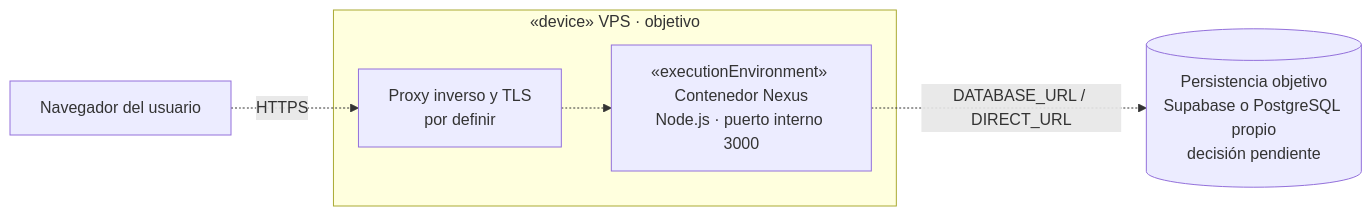
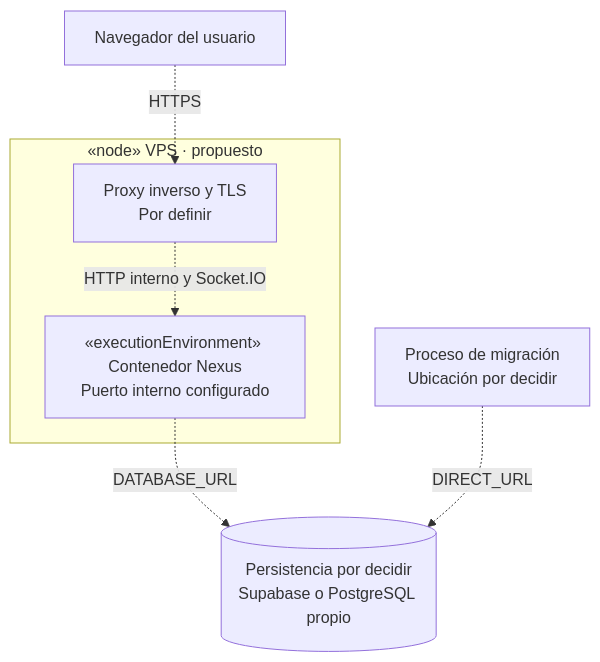
One commit to gpgsistemas01/nexus changed the fifth of 5 diagrams in docs/architecture/views/physical/01-system-runtime-and-deployment.md. Above: the diagram before and after it, drawn with Mermaid. The commit also changed other lines of this file and 3 other files, not shown here.

````diff
--- a/docs/architecture/views/physical/01-system-runtime-and-deployment.md
+++ b/docs/architecture/views/physical/01-system-runtime-and-deployment.md
@@ -118,15 +145,14 @@
 ```mermaid
-flowchart LR
-    browserTarget["Navegador del usuario"]
-
-    subgraph vps["«device» VPS · objetivo"]
-        ingress["Proxy inverso y TLS<br/>por definir"]
-        nexusContainer["«executionEnvironment» Contenedor Nexus<br/>Node.js · puerto interno 3000"]
-        ingress -.-> nexusContainer
+flowchart TB
+    browser["Navegador del usuario"]
+    subgraph vps["«node» VPS · propuesto"]
+        proxy["Proxy inverso y TLS<br/>Por definir"]
+        application["«executionEnvironment» Contenedor Nexus<br/>Puerto interno configurado"]
+        proxy -.->|"HTTP interno y Socket.IO"| application
     end
-
-    targetDatabase[("Persistencia objetivo<br/>Supabase o PostgreSQL propio<br/>decisión pendiente")]
-
-    browserTarget -.->|"HTTPS"| ingress
-    nexusContainer -.->|"DATABASE_URL / DIRECT_URL"| targetDatabase
+    migrator["Proceso de migración<br/>Ubicación por decidir"]
+    database[("Persistencia por decidir<br/>Supabase o PostgreSQL propio")]
+    browser -.->|"HTTPS"| proxy
+    application -.->|"DATABASE_URL"| database
+    migrator -.->|"DIRECT_URL"| database
 ```
````
